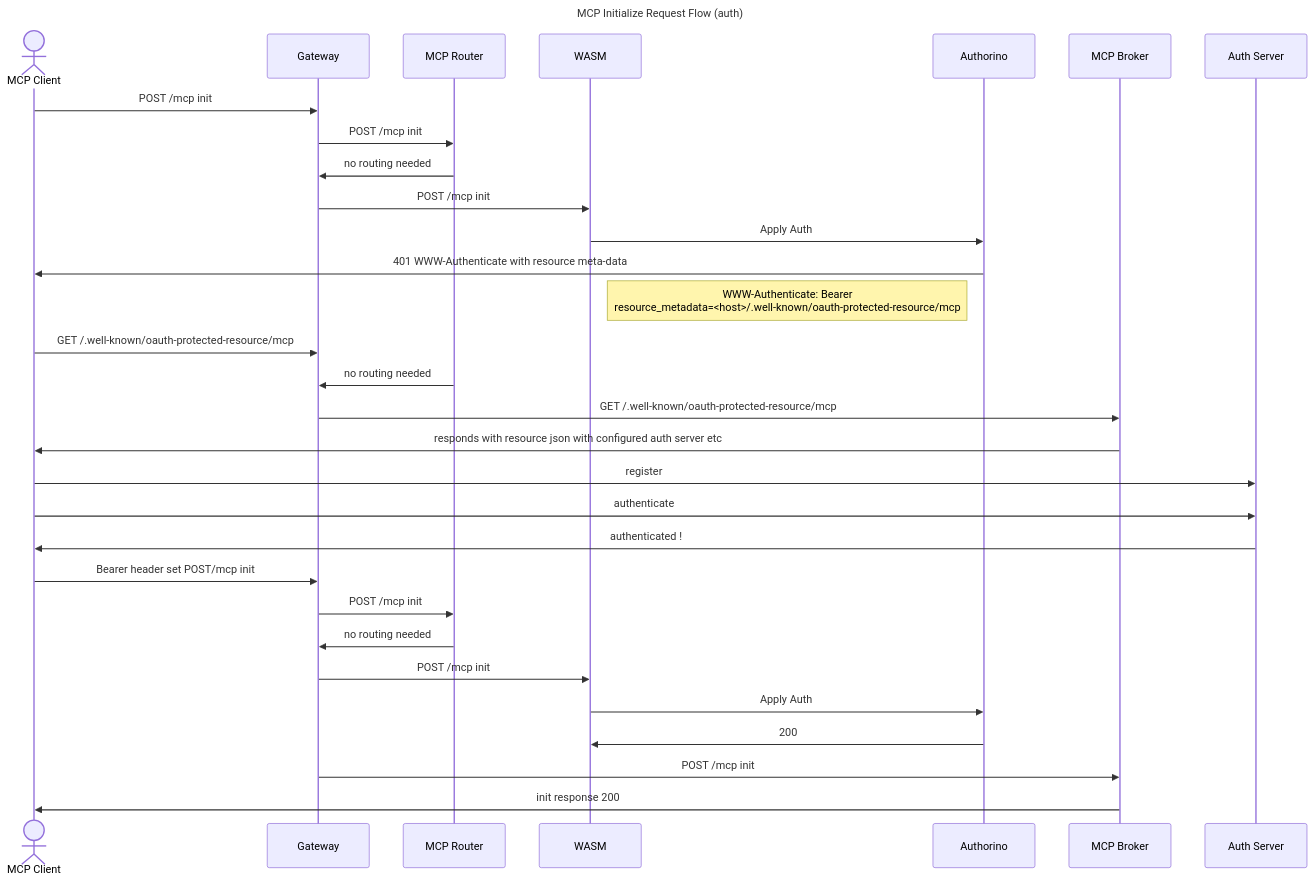
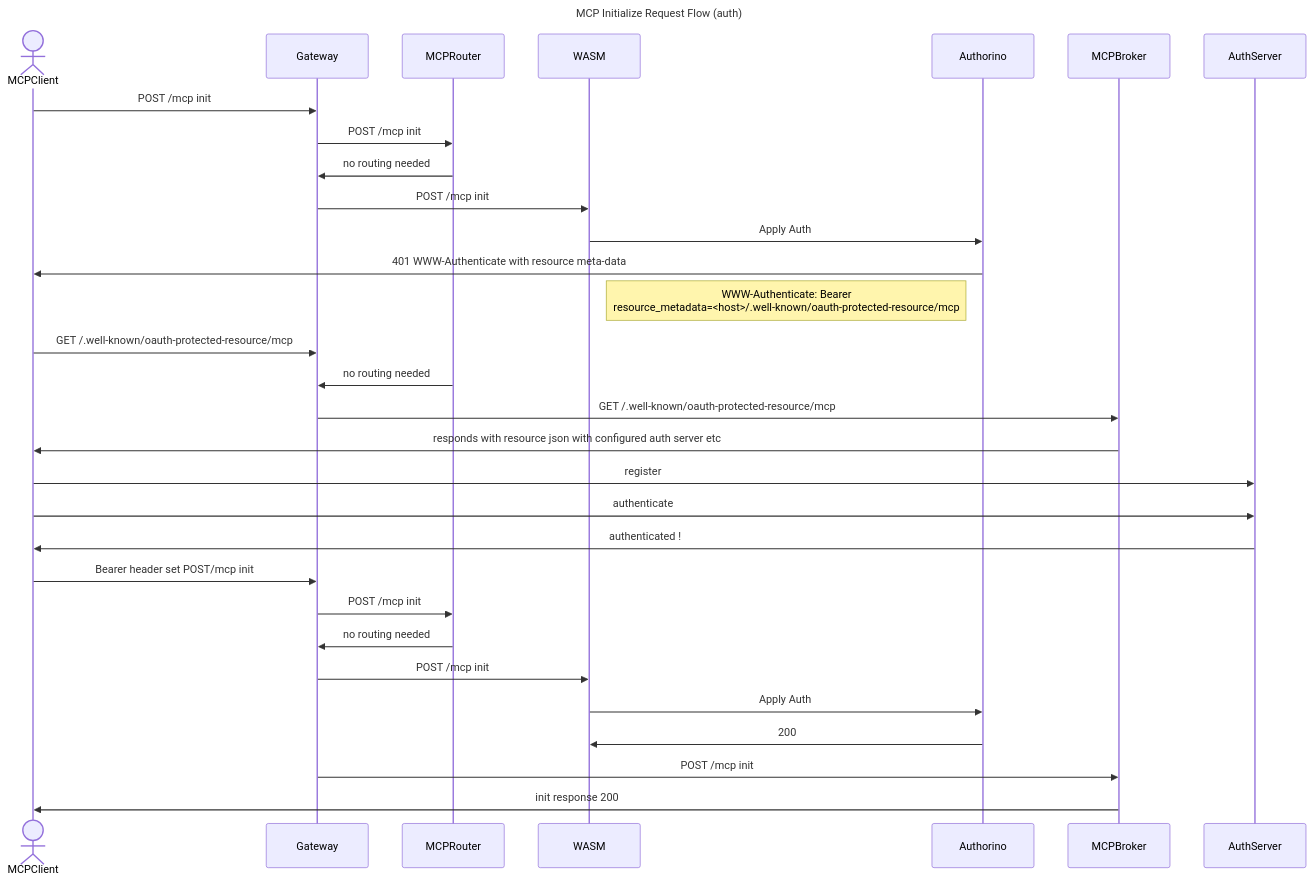
One commit to esnible/mcp-gateway changed the sixth of 7 diagrams in docs/design/flows.md. Above: the diagram before and after it, drawn with Mermaid. The commit also changed other lines of this file, not shown here.

Commit message:
add some more simplified flow diagrams

````diff
--- a/docs/design/flows.md
+++ b/docs/design/flows.md
@@ -73,27 +145,27 @@
 ```mermaid
 sequenceDiagram
         title MCP Initialize Request Flow (auth)
-        actor MCP Client
-        MCP Client->>Gateway: POST /mcp init
-        Gateway->>MCP Router: POST /mcp init
-        MCP Router->>Gateway: no routing needed
+        actor MCPClient
+        MCPClient->>Gateway: POST /mcp init
+        Gateway->>MCPRouter: POST /mcp init
+        MCPRouter->>Gateway: no routing needed
         Gateway->>WASM: POST /mcp init
         WASM->>Authorino: Apply Auth
-        Authorino->>MCP Client: 401 WWW-Authenticate with resource meta-data
+        Authorino->>MCPClient: 401 WWW-Authenticate with resource meta-data
         note left of Authorino: WWW-Authenticate: Bearer <br/> resource_metadata=<host>/.well-known/oauth-protected-resource/mcp
-        MCP Client->>Gateway: GET /.well-known/oauth-protected-resource/mcp
-        MCP Router->>Gateway: no routing needed
-        Gateway->>MCP Broker: GET /.well-known/oauth-protected-resource/mcp
-        MCP Broker->>MCP Client: responds with resource json with configured auth server etc
-        MCP Client->>Auth Server: register
-        MCP Client->>Auth Server: authenticate
-        Auth Server->>MCP Client: authenticated !
-        MCP Client->>Gateway: Bearer header set POST/mcp init
-        Gateway->>MCP Router: POST /mcp init
-        MCP Router->>Gateway: no routing needed
+        MCPClient->>Gateway: GET /.well-known/oauth-protected-resource/mcp
+        MCPRouter->>Gateway: no routing needed
+        Gateway->>MCPBroker: GET /.well-known/oauth-protected-resource/mcp
+        MCPBroker->>MCPClient: responds with resource json with configured auth server etc
+        MCPClient->>AuthServer: register
+        MCPClient->>AuthServer: authenticate
+        AuthServer->>MCPClient: authenticated !
+        MCPClient->>Gateway: Bearer header set POST/mcp init
+        Gateway->>MCPRouter: POST /mcp init
+        MCPRouter->>Gateway: no routing needed
         Gateway->>WASM: POST /mcp init
         WASM->>Authorino: Apply Auth
         Authorino->>WASM: 200
-        Gateway->>MCP Broker: POST /mcp init
-        MCP Broker->>MCP Client: init response 200
-```        
+        Gateway->>MCPBroker: POST /mcp init
+        MCPBroker->>MCPClient: init response 200
+```
````
